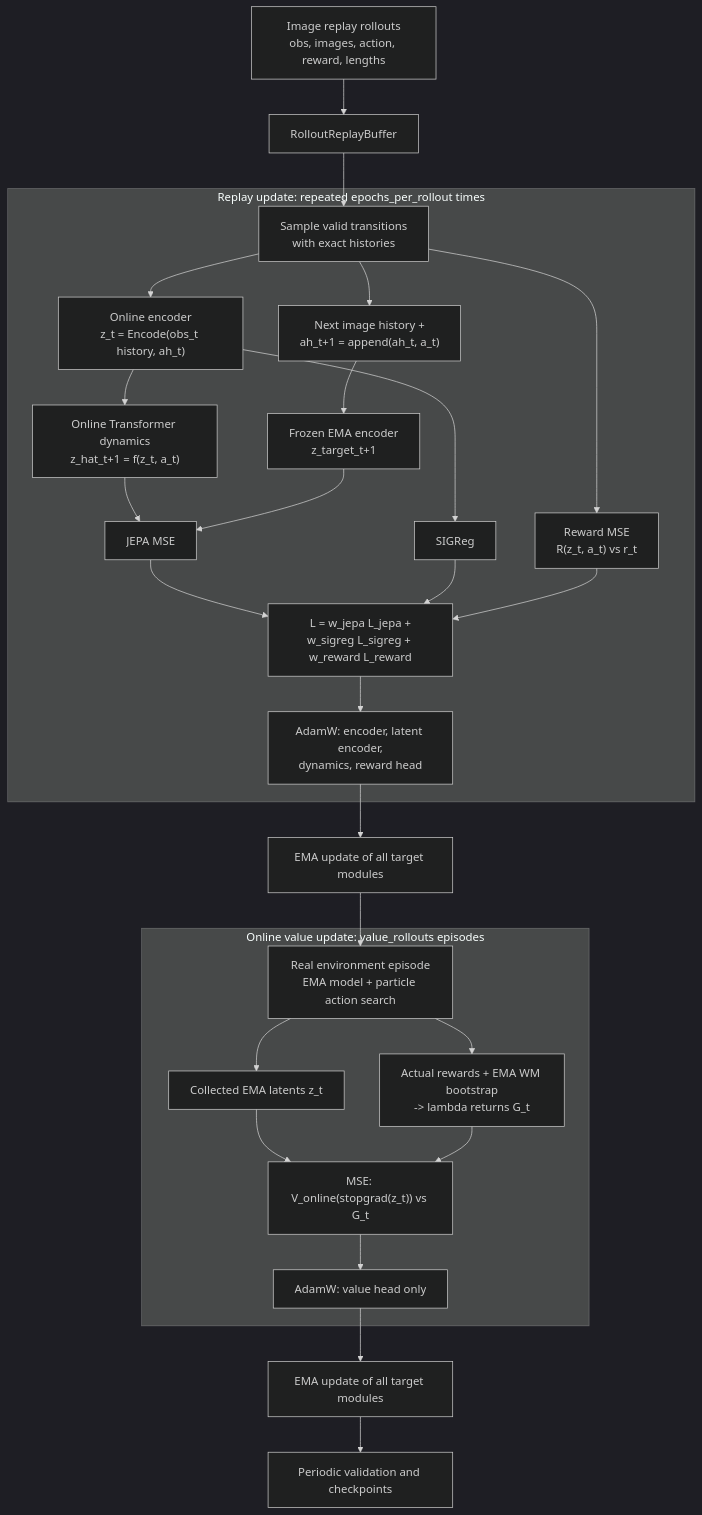
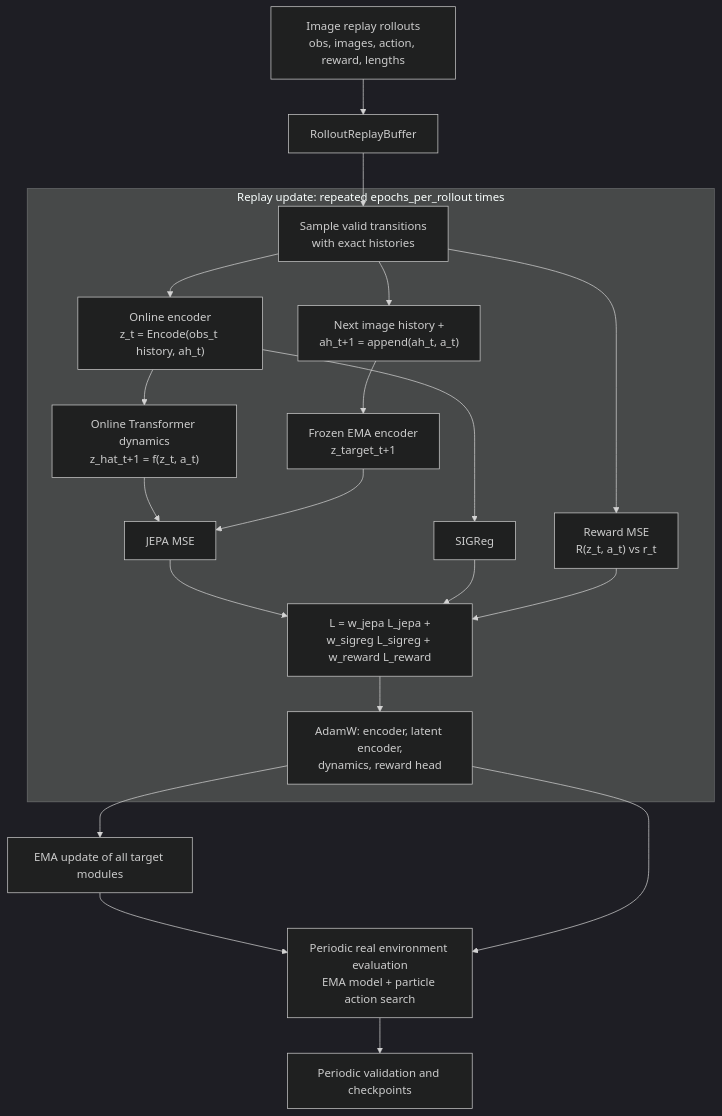
Before and after one commit to IBNBlank/piece_of_wm: the first of 2 diagrams in trans_wm_le/TRAINING_LOGIC.md, drawn with Mermaid (dark theme). The commit also changed other lines of this file and 31 other files, not shown here.

````diff
--- a/trans_wm_le/TRAINING_LOGIC.md
+++ b/trans_wm_le/TRAINING_LOGIC.md
@@ -7,34 +7,26 @@
 ```mermaid
 flowchart TD
     DATA["Image replay rollouts<br/>obs, images, action, reward, lengths"] --> BUFFER["RolloutReplayBuffer"]
     BUFFER --> SAMPLE["Sample valid transitions<br/>with exact histories"]
 
     subgraph ReplayUpdate[Replay update: repeated epochs_per_rollout times]
         SAMPLE --> ONLINE["Online encoder<br/>z_t = Encode(obs_t history, ah_t)"]
         ONLINE --> DYN["Online Transformer dynamics<br/>z_hat_t+1 = f(z_t, a_t)"]
         SAMPLE --> TARGET_INPUT["Next image history +<br/>ah_t+1 = append(ah_t, a_t)"]
         TARGET_INPUT --> TARGET["Frozen EMA encoder<br/>z_target_t+1"]
         DYN --> JEPA["JEPA MSE"]
         TARGET --> JEPA
         ONLINE --> SIGREG["SIGReg"]
         SAMPLE --> REWARD["Reward MSE<br/>R(z_t, a_t) vs r_t"]
         JEPA --> TOTAL["L = w_jepa L_jepa +<br/>w_sigreg L_sigreg + w_reward L_reward"]
         SIGREG --> TOTAL
         REWARD --> TOTAL
         TOTAL --> WORLD_OPT["AdamW: encoder, latent encoder,<br/>dynamics, reward head"]
     end
 
     WORLD_OPT --> EMA1["EMA update of all target modules"]
     EMA1 --> ONLINE_EPISODE
 
-    subgraph ValueUpdate[Online value update: value_rollouts episodes]
-        ONLINE_EPISODE["Real environment episode<br/>EMA model + particle action search"] --> RETURNS["Actual rewards + EMA WM bootstrap<br/>-> lambda returns G_t"]
-        ONLINE_EPISODE --> STATES["Collected EMA latents z_t"]
-        STATES --> VALUE_LOSS["MSE: V_online(stopgrad(z_t)) vs G_t"]
-        RETURNS --> VALUE_LOSS
-        VALUE_LOSS --> VALUE_OPT["AdamW: value head only"]
-    end
-
-    VALUE_OPT --> EMA2["EMA update of all target modules"]
-    EMA2 --> CHECK["Periodic validation and checkpoints"]
+    WORLD_OPT --> ONLINE_EPISODE["Periodic real environment evaluation<br/>EMA model + particle action search"]
+    ONLINE_EPISODE --> CHECK["Periodic validation and checkpoints"]
 ```
````
